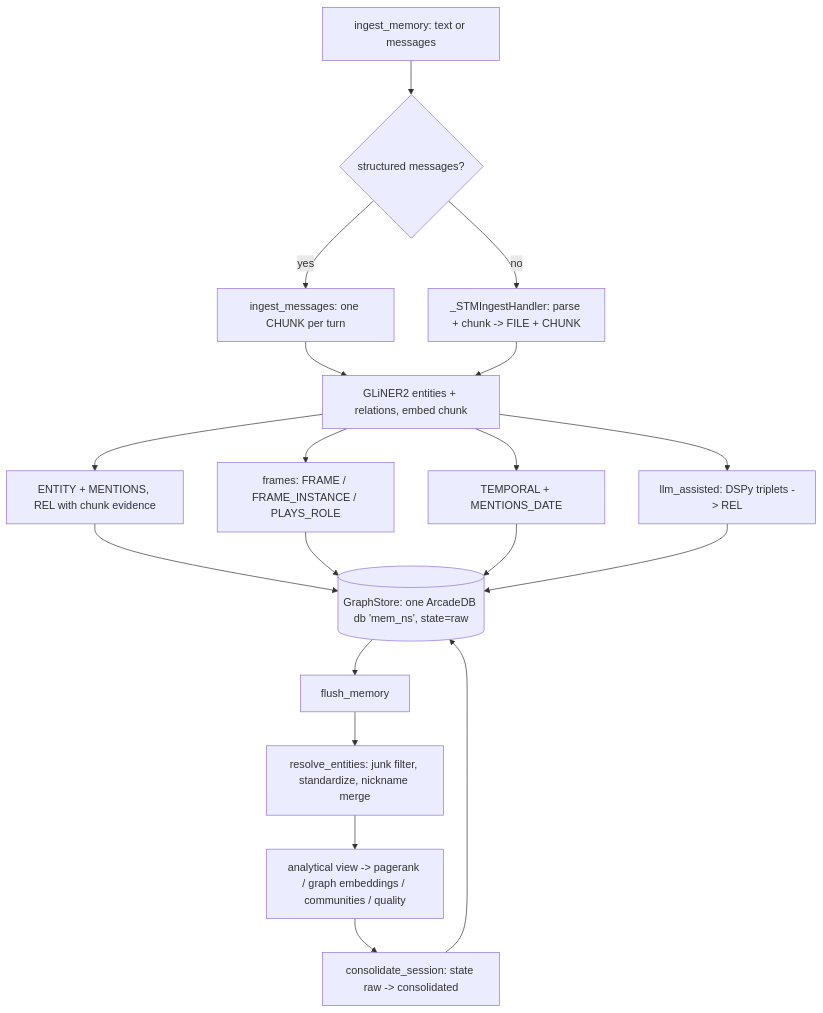
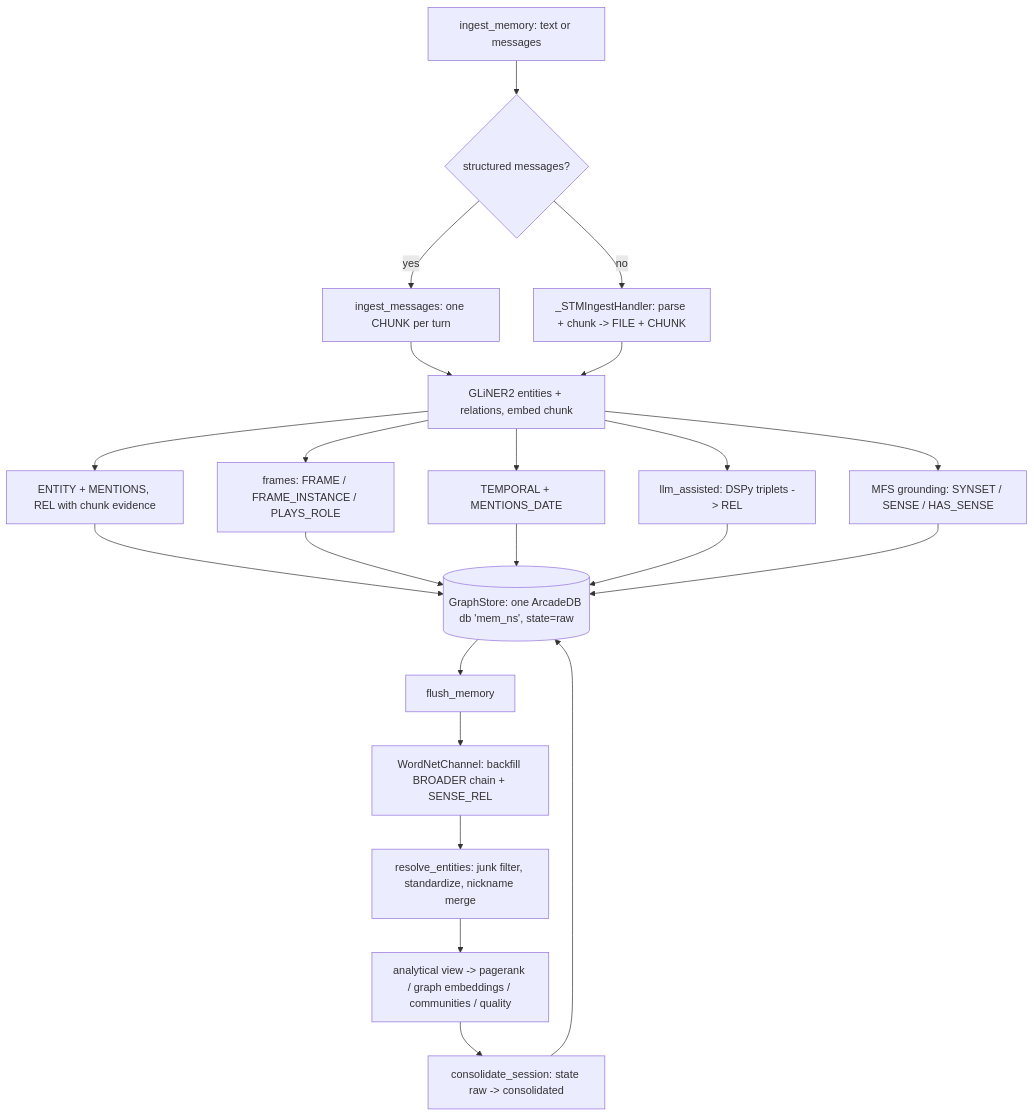
The first of 2 diagrams in docs/architecture.md (tamasmakos/graphknows), drawn with Mermaid before and after one commit. The commit also changed other lines of this file and 12 other files, not shown here.

````diff
--- a/docs/architecture.md
+++ b/docs/architecture.md
@@ -332,19 +369,21 @@
 ```mermaid
 flowchart TD
     A[ingest_memory: text or messages] --> B{structured messages?}
     B -- yes --> C[ingest_messages: one CHUNK per turn]
     B -- no --> D[_STMIngestHandler: parse + chunk -> FILE + CHUNK]
     C --> E[GLiNER2 entities + relations, embed chunk]
     D --> E
     E --> F[ENTITY + MENTIONS, REL with chunk evidence]
     E --> G[frames: FRAME / FRAME_INSTANCE / PLAYS_ROLE]
     E --> H[TEMPORAL + MENTIONS_DATE]
     E --> I[llm_assisted: DSPy triplets -> REL]
-    F & G & H & I --> DB[(GraphStore: one ArcadeDB db 'mem_ns', state=raw)]
+    E --> N[MFS grounding: SYNSET / SENSE / HAS_SENSE]
+    F & G & H & I & N --> DB[(GraphStore: one ArcadeDB db 'mem_ns', state=raw)]
 
     DB --> J[flush_memory]
-    J --> K[resolve_entities: junk filter, standardize, nickname merge]
+    J --> W[WordNetChannel: backfill BROADER chain + SENSE_REL]
+    W --> K[resolve_entities: junk filter, standardize, nickname merge]
     K --> L[analytical view -> pagerank / graph embeddings / communities / quality]
     L --> M[consolidate_session: state raw -> consolidated]
     M --> DB
 ```
````
